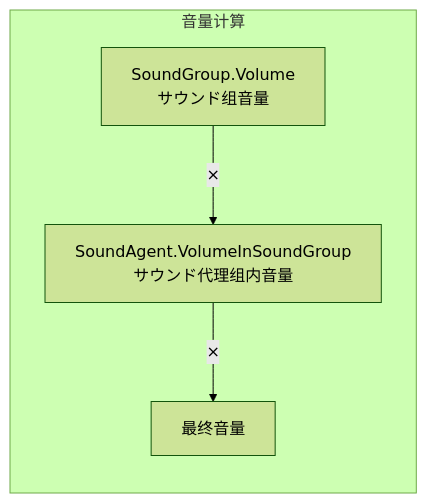
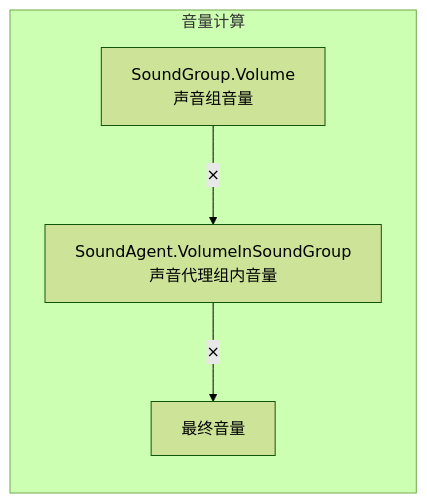
Before and after one commit to AlianBlank/GameFrameX.Docs: the second of 2 diagrams in docs/ja/client/unity/component/sound/10.configuration.md, drawn with Mermaid (forest theme). The commit also changed other lines of this file and 320 other files, not shown here.

````diff
--- a/docs/ja/client/unity/component/sound/10.configuration.md
+++ b/docs/ja/client/unity/component/sound/10.configuration.md
@@ -335,6 +335,6 @@
 ```mermaid
 flowchart LR
     subgraph Calculation["音量计算"]
-        SG_Vol[SoundGroup.Volume<br/>サウンド组音量] -->|×| SA_Vol[SoundAgent.VolumeInSoundGroup<br/>サウンド代理组内音量] -->|×| Final[最终音量]
+        SG_Vol[SoundGroup.Volume<br/>声音组音量] -->|×| SA_Vol[SoundAgent.VolumeInSoundGroup<br/>声音代理组内音量] -->|×| Final[最终音量]
     end
 ```
````
